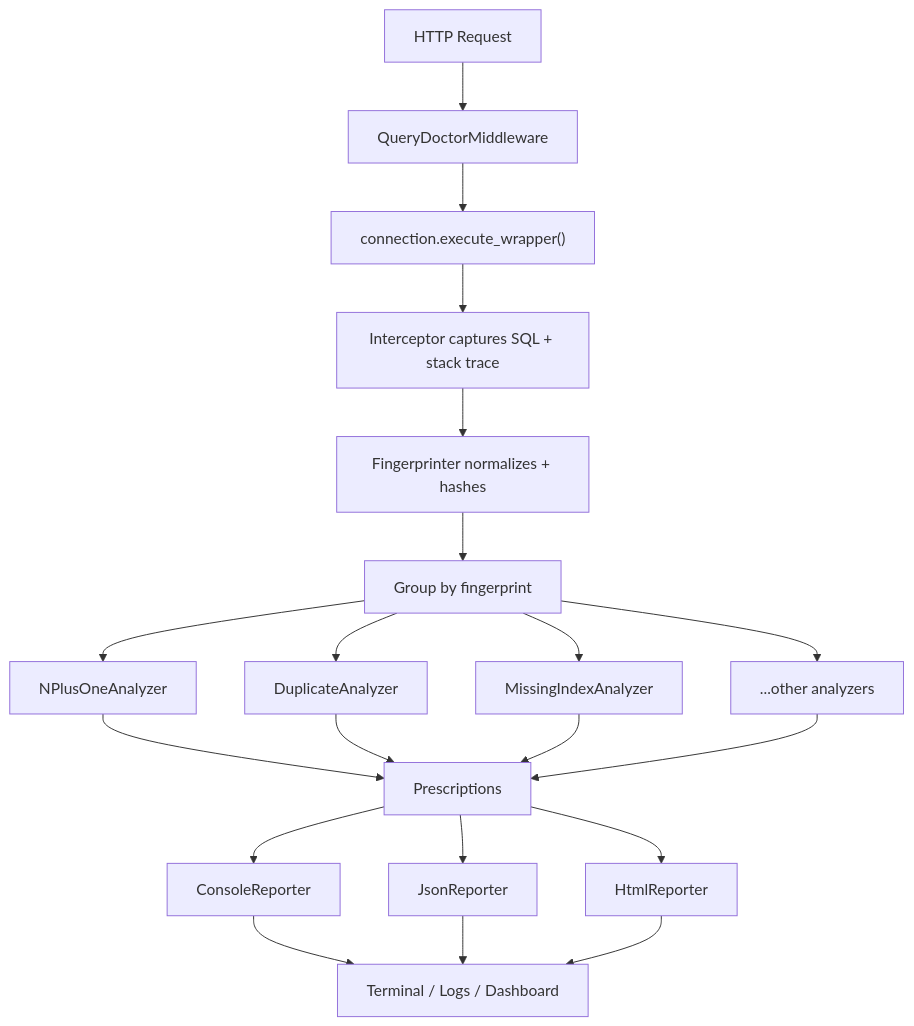
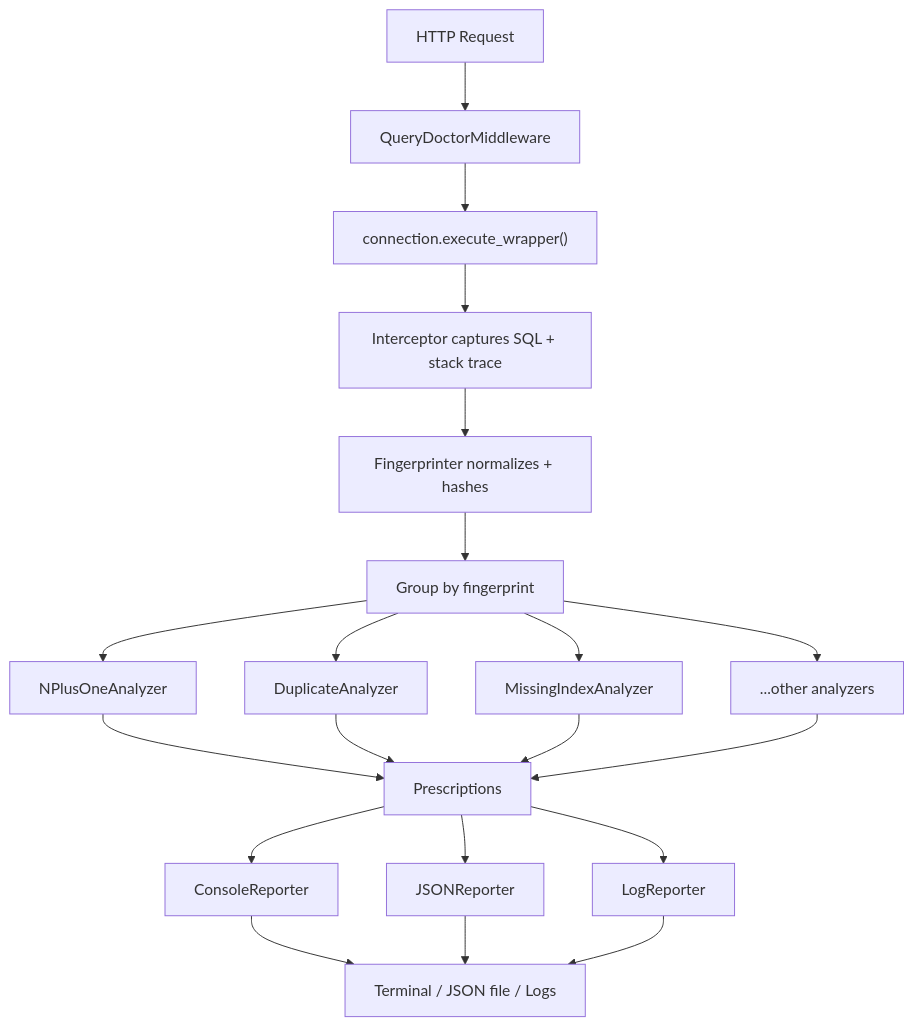
One commit to hassanzaibhay/django-query-doctor changed the second of 2 diagrams in docs/guides/how-it-works.md. Above: the diagram before and after it, drawn with Mermaid. The commit also changed other lines of this file and 69 other files, not shown here.

````diff
--- a/docs/guides/how-it-works.md
+++ b/docs/guides/how-it-works.md
@@ -108,22 +109,22 @@
 ```mermaid
 flowchart TD
     REQ["HTTP Request"] --> MW["QueryDoctorMiddleware"]
     MW --> EW["connection.execute_wrapper()"]
     EW --> INT["Interceptor captures SQL + stack trace"]
     INT --> FP["Fingerprinter normalizes + hashes"]
     FP --> AG["Group by fingerprint"]
     AG --> A1["NPlusOneAnalyzer"]
     AG --> A2["DuplicateAnalyzer"]
     AG --> A3["MissingIndexAnalyzer"]
     AG --> A4["...other analyzers"]
     A1 --> RX["Prescriptions"]
     A2 --> RX
     A3 --> RX
     A4 --> RX
     RX --> R1["ConsoleReporter"]
-    RX --> R2["JsonReporter"]
-    RX --> R3["HtmlReporter"]
-    R1 --> OUT["Terminal / Logs / Dashboard"]
+    RX --> R2["JSONReporter"]
+    RX --> R3["LogReporter"]
+    R1 --> OUT["Terminal / JSON file / Logs"]
     R2 --> OUT
     R3 --> OUT
 ```
````
